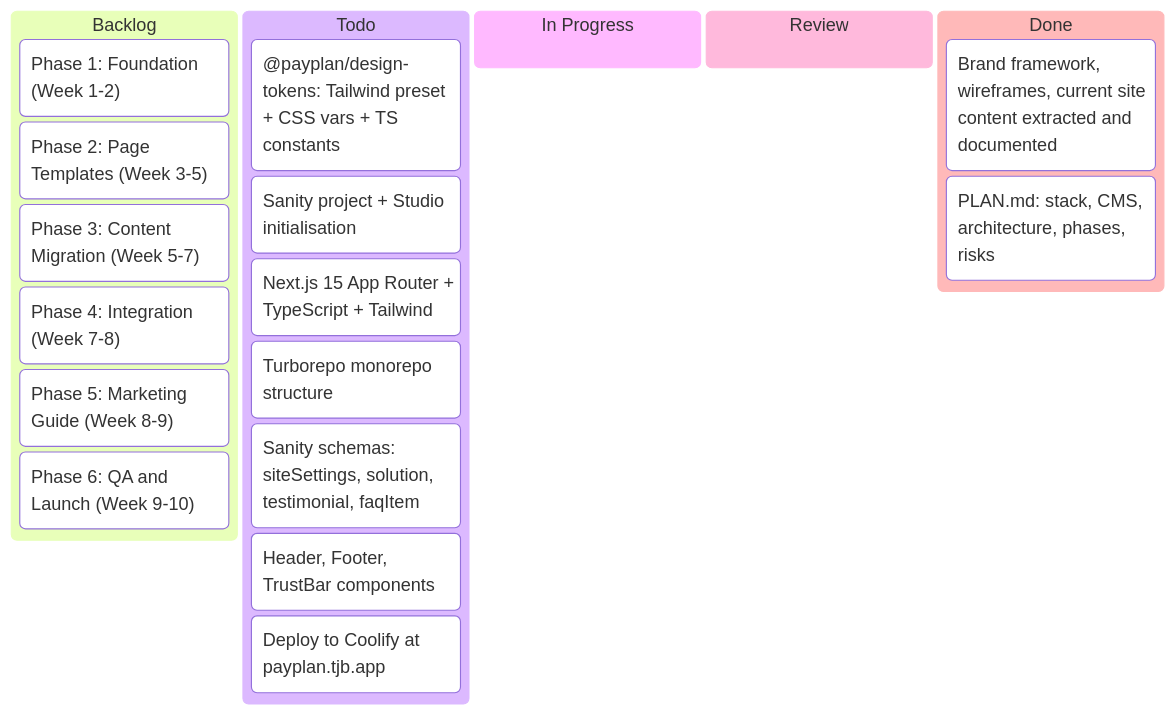
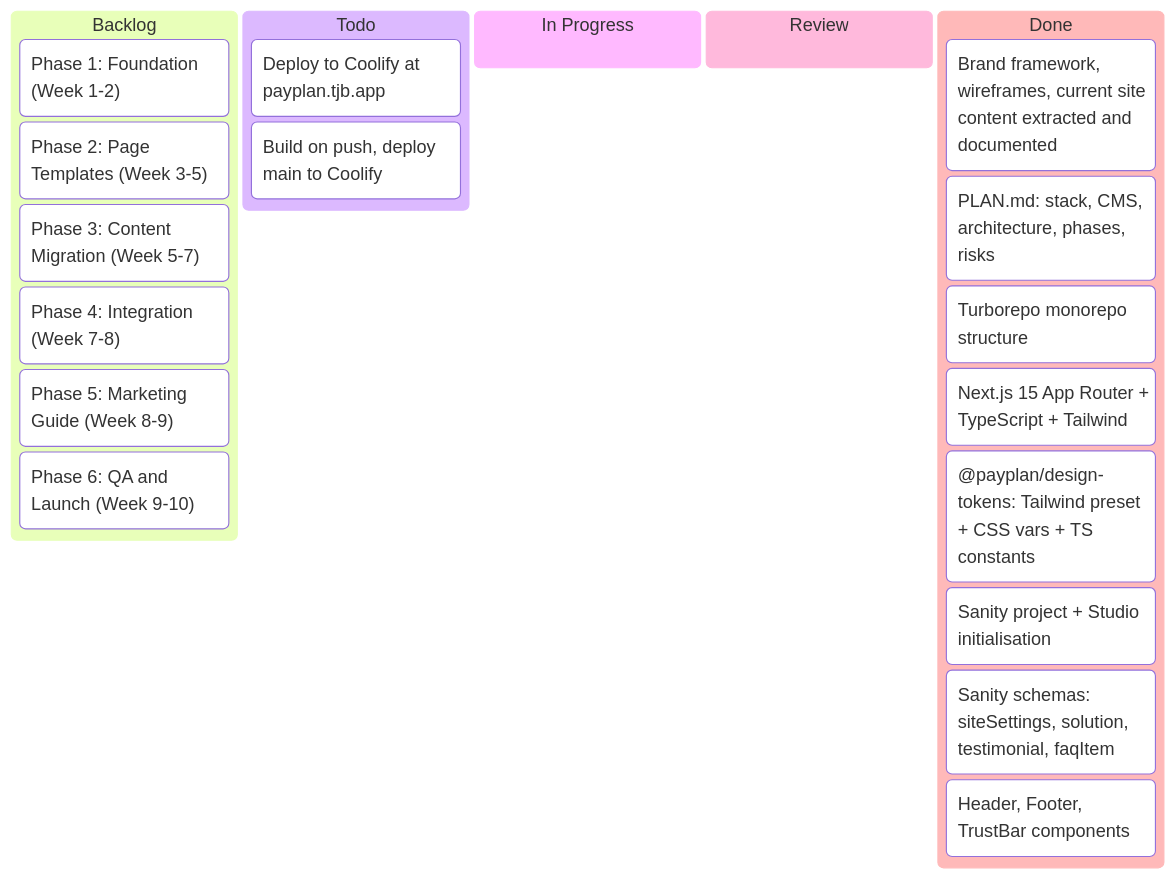
Before and after one commit to timothybroome/payplan-website: the diagram in KANBAN.md, drawn with Mermaid. The commit also changed other lines of this file and 32 other files, not shown here.

First line of the commit message:
Phase 1 foundation: Turborepo monorepo, Next.js 15, design tokens, Sanity Studio

````diff
--- a/KANBAN.md
+++ b/KANBAN.md
@@ -3,26 +3,27 @@
 ```mermaid
 ---
 title: payplan-website
 ---
 kanban
   Backlog
     Phase 1 Foundation["Phase 1: Foundation (Week 1-2)"]
     Phase 2 Templates["Phase 2: Page Templates (Week 3-5)"]
     Phase 3 Content["Phase 3: Content Migration (Week 5-7)"]
     Phase 4 Integration["Phase 4: Integration (Week 7-8)"]
     Phase 5 Guide["Phase 5: Marketing Guide (Week 8-9)"]
     Phase 6 Launch["Phase 6: QA and Launch (Week 9-10)"]
   Todo
-    Design tokens package["@payplan/design-tokens: Tailwind preset + CSS vars + TS constants"]
-    Sanity project setup["Sanity project + Studio initialisation"]
-    Next.js scaffold["Next.js 15 App Router + TypeScript + Tailwind"]
-    Monorepo setup["Turborepo monorepo structure"]
-    Core schemas["Sanity schemas: siteSettings, solution, testimonial, faqItem"]
-    Layout components["Header, Footer, TrustBar components"]
     Coolify deploy["Deploy to Coolify at payplan.tjb.app"]
+    CI pipeline["Build on push, deploy main to Coolify"]
   In Progress
   Review
   Done
     Source materials["Brand framework, wireframes, current site content extracted and documented"]
     Technical plan["PLAN.md: stack, CMS, architecture, phases, risks"]
+    Monorepo setup["Turborepo monorepo structure"]
+    Next.js scaffold["Next.js 15 App Router + TypeScript + Tailwind"]
+    Design tokens package["@payplan/design-tokens: Tailwind preset + CSS vars + TS constants"]
+    Sanity project setup["Sanity project + Studio initialisation"]
+    Core schemas["Sanity schemas: siteSettings, solution, testimonial, faqItem"]
+    Layout components["Header, Footer, TrustBar components"]
 ```
````
